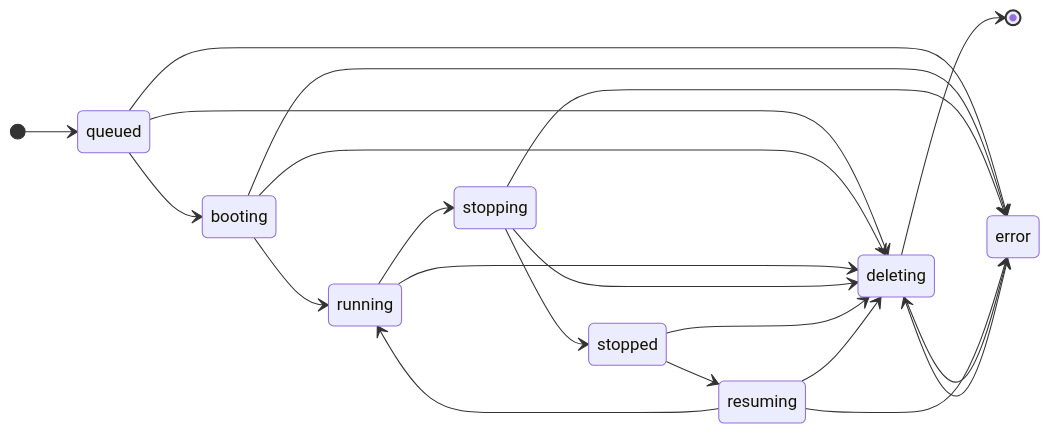
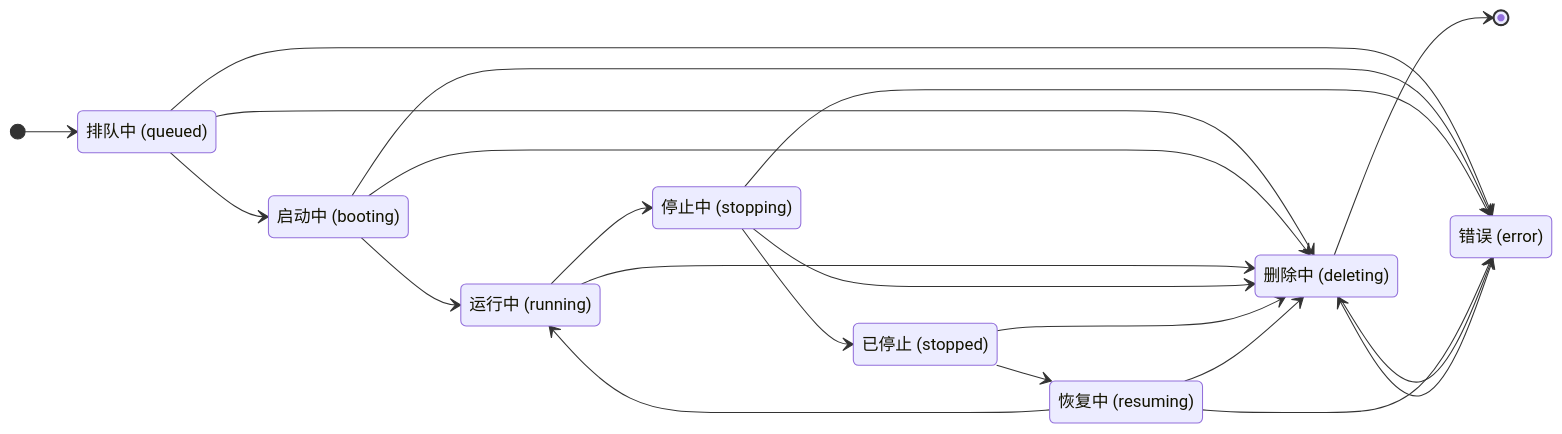
One commit to ExplodingDragon/gitea-dev changed the diagram in src/state-machine.md. Above: the diagram before and after it, drawn with Mermaid. The commit also changed other lines of this file and 8 other files, not shown here.

````diff
--- a/src/state-machine.md
+++ b/src/state-machine.md
@@ -7,35 +7,35 @@
 ```mermaid
 stateDiagram-v2
     direction LR
 
-    queued: queued
-    booting: booting
-    running: running
-    stopping: stopping
-    stopped: stopped
-    resuming: resuming
-    deleting: deleting
-    error: error
+    queued: 排队中 (queued)
+    booting: 启动中 (booting)
+    running: 运行中 (running)
+    stopping: 停止中 (stopping)
+    stopped: 已停止 (stopped)
+    resuming: 恢复中 (resuming)
+    deleting: 删除中 (deleting)
+    error: 错误 (error)
 
     [*] --> queued
     queued --> booting
     booting --> running
     running --> stopping
     stopping --> stopped
     stopped --> resuming
     resuming --> running
     queued --> deleting
     booting --> deleting
     running --> deleting
     stopping --> deleting
     stopped --> deleting
     resuming --> deleting
     error --> deleting
     deleting --> [*]
 
     queued --> error
     booting --> error
     stopping --> error
     resuming --> error
     deleting --> error
 ```
````
